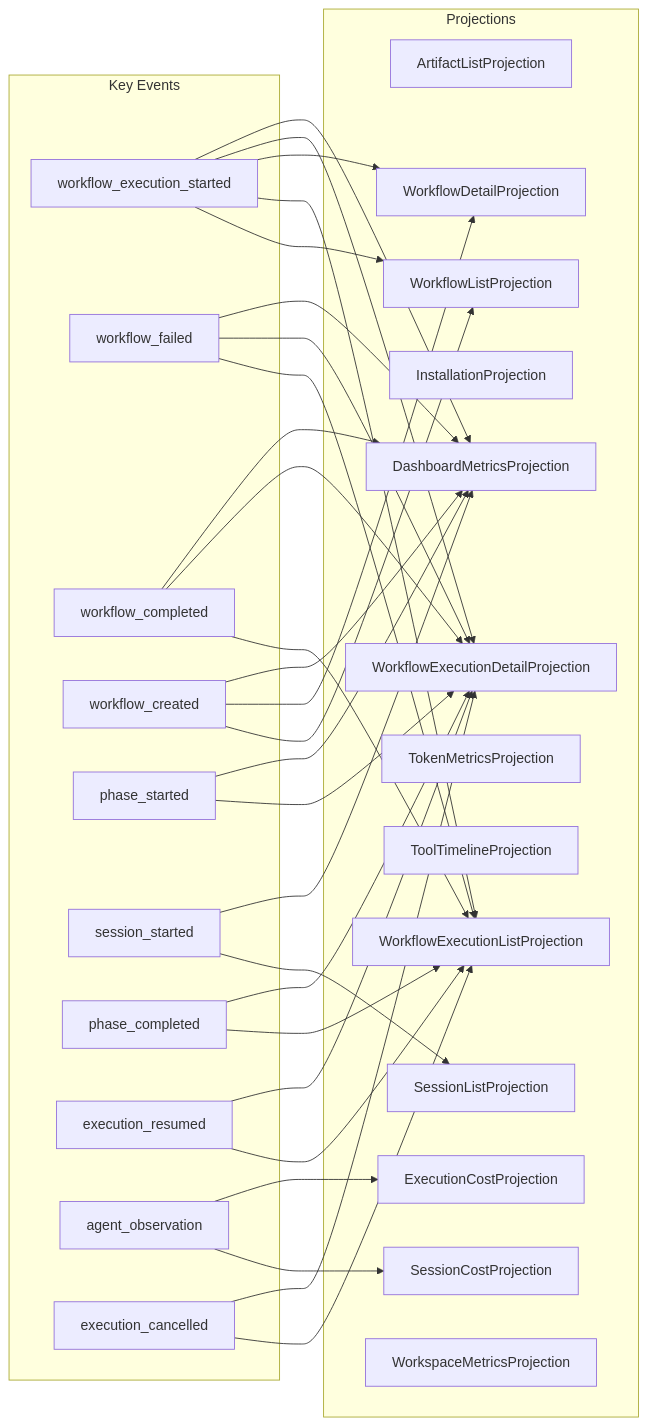
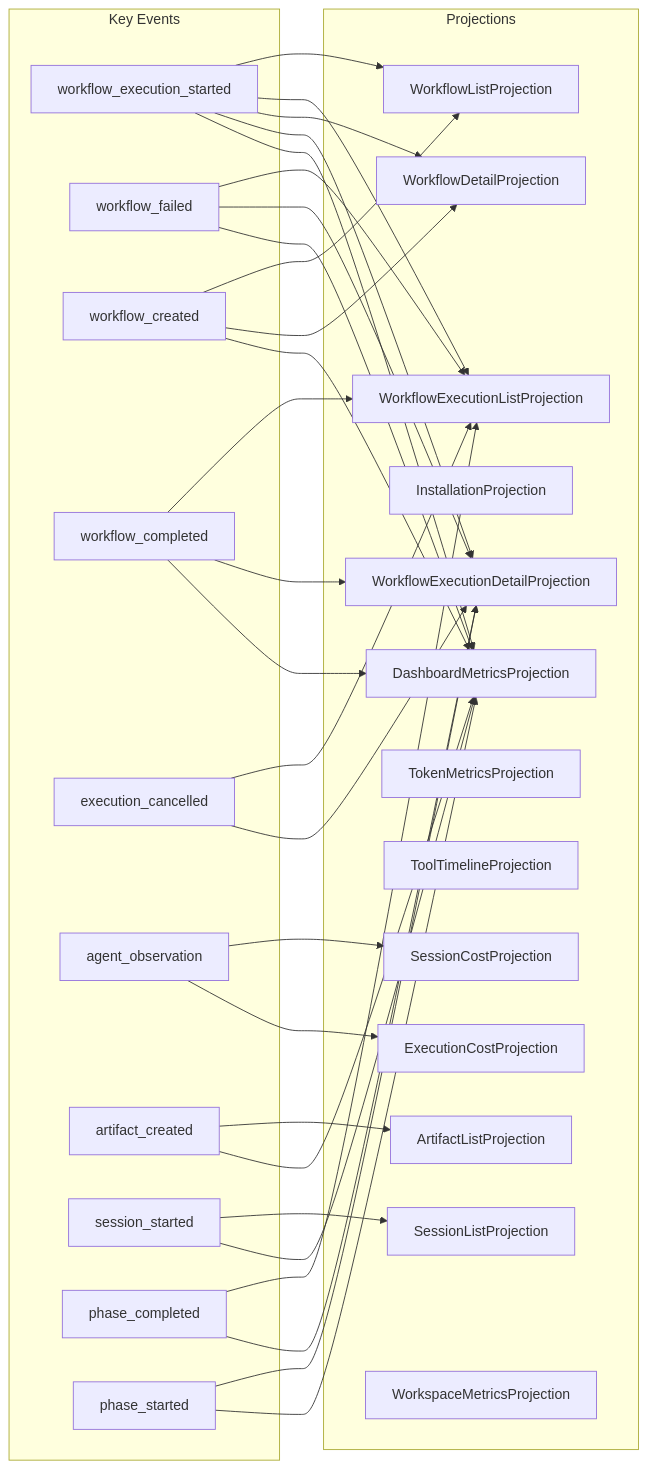
The diagram in docs/architecture/projection-subscriptions.md (syntropic137/syntropic137), drawn with Mermaid before and after one commit. The commit also changed other lines of this file and 2 other files, not shown here.

Commit message:
fix(vsa): update manifest with corrected snake_case event extraction
Updates from es-p commit 6622cf2:
- Fixed over-aggressive exclusion that rejected error_occurred, data_received
- Added 5 new unit tests for regression coverage
- Multi-word snake_case events now correctly extracted

Submodule: lib/event-sourcing-platform → 6622cf2

````diff
--- a/docs/architecture/projection-subscriptions.md
+++ b/docs/architecture/projection-subscriptions.md
@@ -15,58 +15,58 @@
 ```mermaid
 graph LR
     subgraph events["Key Events"]
         e1[workflow_execution_started]
         e2[workflow_failed]
-        e3[workflow_completed]
-        e4[workflow_created]
-        e5[phase_started]
-        e6[session_started]
-        e7[phase_completed]
-        e8[execution_resumed]
-        e9[agent_observation]
-        e10[execution_cancelled]
+        e3[workflow_created]
+        e4[workflow_completed]
+        e5[execution_cancelled]
+        e6[agent_observation]
+        e7[artifact_created]
+        e8[session_started]
+        e9[phase_completed]
+        e10[phase_started]
     end
 
     subgraph projections["Projections"]
         p1[ArtifactListProjection]
         p2[DashboardMetricsProjection]
         p3[ExecutionCostProjection]
         p4[InstallationProjection]
         p5[SessionCostProjection]
         p6[SessionListProjection]
         p7[TokenMetricsProjection]
         p8[ToolTimelineProjection]
         p9[WorkflowDetailProjection]
         p10[WorkflowExecutionDetailProjection]
         p11[WorkflowExecutionListProjection]
         p12[WorkflowListProjection]
         p13[WorkspaceMetricsProjection]
     end
 
-    e5 --> p2
     e5 --> p10
-    e6 --> p2
-    e6 --> p6
+    e5 --> p11
     e2 --> p2
     e2 --> p10
     e2 --> p11
-    e7 --> p10
-    e7 --> p11
-    e8 --> p10
-    e8 --> p11
-    e3 --> p2
-    e3 --> p10
-    e3 --> p11
+    e6 --> p3
+    e6 --> p5
+    e7 --> p2
+    e7 --> p1
+    e8 --> p2
+    e8 --> p6
     e1 --> p2
     e1 --> p10
     e1 --> p9
     e1 --> p11
     e1 --> p12
-    e9 --> p3
-    e9 --> p5
+    e3 --> p2
+    e3 --> p9
+    e3 --> p12
+    e9 --> p10
+    e9 --> p11
+    e10 --> p2
     e10 --> p10
-    e10 --> p11
     e4 --> p2
-    e4 --> p9
-    e4 --> p12
+    e4 --> p10
+    e4 --> p11
 ```
````
